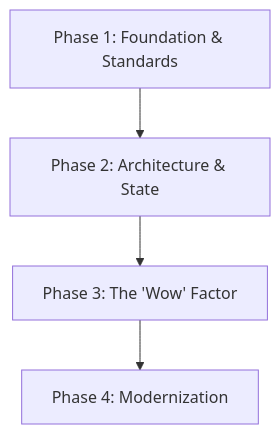
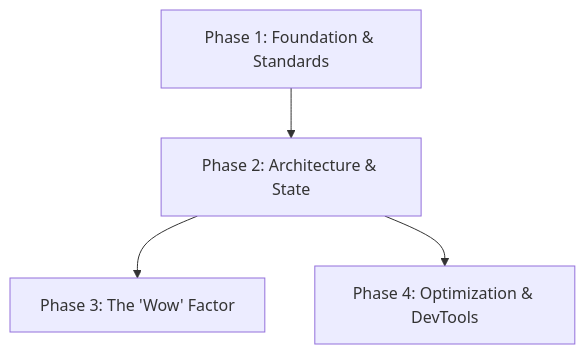
One commit to gonzoblasco/ai-developer-stack changed the diagram in frontend-ui/README.md. Above: the diagram before and after it, drawn with Mermaid. The commit also changed other lines of this file and 26 other files, not shown here.

Commit message:
refactor: consolidate skills playbooks by introducing new authoring guidelines and updating core architecture definitions.

````diff
--- a/frontend-ui/README.md
+++ b/frontend-ui/README.md
@@ -13,6 +13,6 @@
 ```mermaid
 graph TD
     A[Phase 1: Foundation & Standards] --> B[Phase 2: Architecture & State]
     B --> C[Phase 3: The 'Wow' Factor]
-    C --> D[Phase 4: Modernization]
+    B --> D[Phase 4: Optimization & DevTools]
 ```
````
